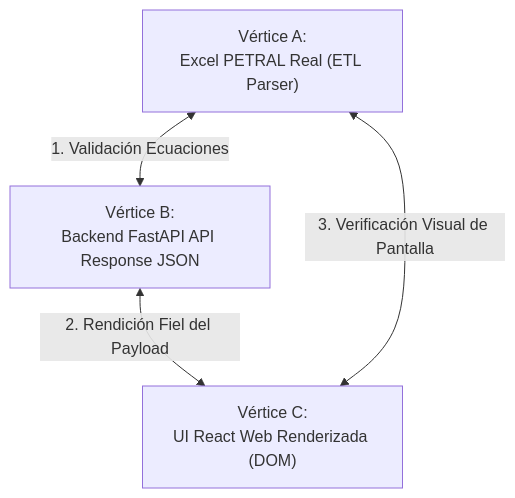
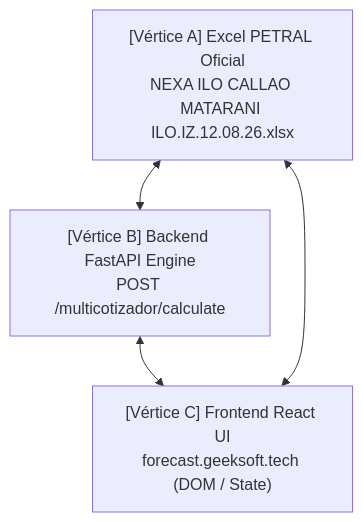
One commit to RichGutz/PETRAL.SMART.DASHBOARD changed the diagram in Desarrollo.Profesional/Obsidian.Refactorizacion.Multicotizador/03_Protocolo_de_Control_de_Calidad_QC_Triangular_UI_Backend_Excel.md. Above: the diagram before and after it, drawn with Mermaid. The commit also changed other lines of this file and 1 other file, not shown here.

````diff
--- a/Desarrollo.Profesional/Obsidian.Refactorizacion.Multicotizador/03_Protocolo_de_Control_de_Calidad_QC_Triangular_UI_Backend_Excel.md
+++ b/Desarrollo.Profesional/Obsidian.Refactorizacion.Multicotizador/03_Protocolo_de_Control_de_Calidad_QC_Triangular_UI_Backend_Excel.md
@@ -13,6 +12,6 @@
 ```mermaid
 graph TD
-    A["Vértice A:<br/>Excel PETRAL Real (ETL Parser)"] <-->|1. Validación Ecuaciones| B["Vértice B:<br/>Backend FastAPI API Response JSON"]
-    B <-->|2. Rendición Fiel del Payload| C["Vértice C:<br/>UI React Web Renderizada (DOM)"]
-    C <-->|3. Verificación Visual de Pantalla| A
+    A["[Vértice A] Excel PETRAL Oficial<br/>NEXA ILO CALLAO MATARANI ILO.IZ.12.08.26.xlsx"] <--> B["[Vértice B] Backend FastAPI Engine<br/>POST /multicotizador/calculate"]
+    B <--> C["[Vértice C] Frontend React UI<br/>forecast.geeksoft.tech (DOM / State)"]
+    C <--> A
 ```
````
